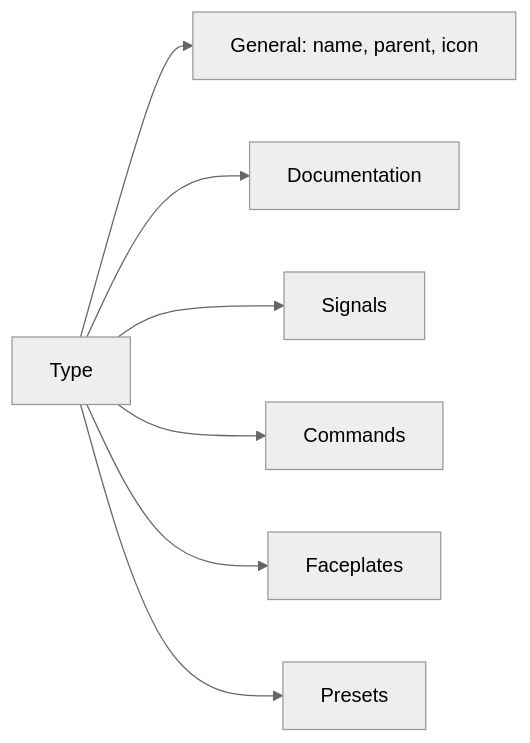
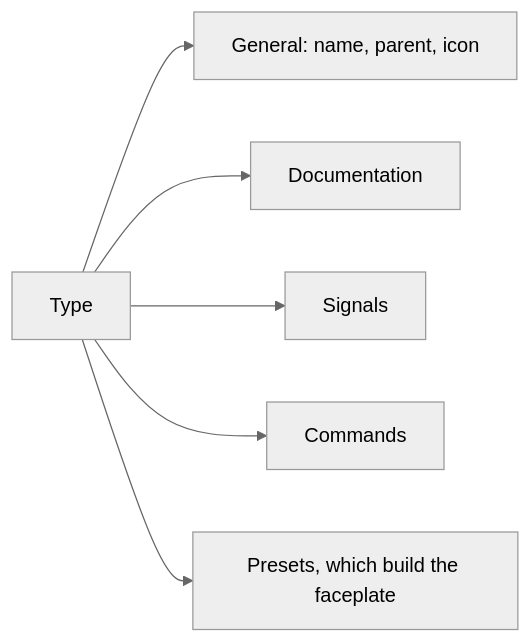
The fifth of 9 diagrams in metadata/01-types.md (AlexandreGallais/synoptic-studio-spec), drawn with Mermaid (neutral theme) before and after one commit. The commit also changed other lines of this file and 15 other files, not shown here.

First line of the commit message:
docs(spec): merge faceplate into presets and add signal display name

````diff
--- a/metadata/01-types.md
+++ b/metadata/01-types.md
@@ -80,9 +80,8 @@
 ```mermaid
 flowchart LR
     T[Type] --> G[General: name, parent, icon]
     T --> DO[Documentation]
     T --> P[Signals]
     T --> C[Commands]
-    T --> U[Faceplates]
-    T --> R[Presets]
+    T --> R[Presets, which build the faceplate]
 ```
````
